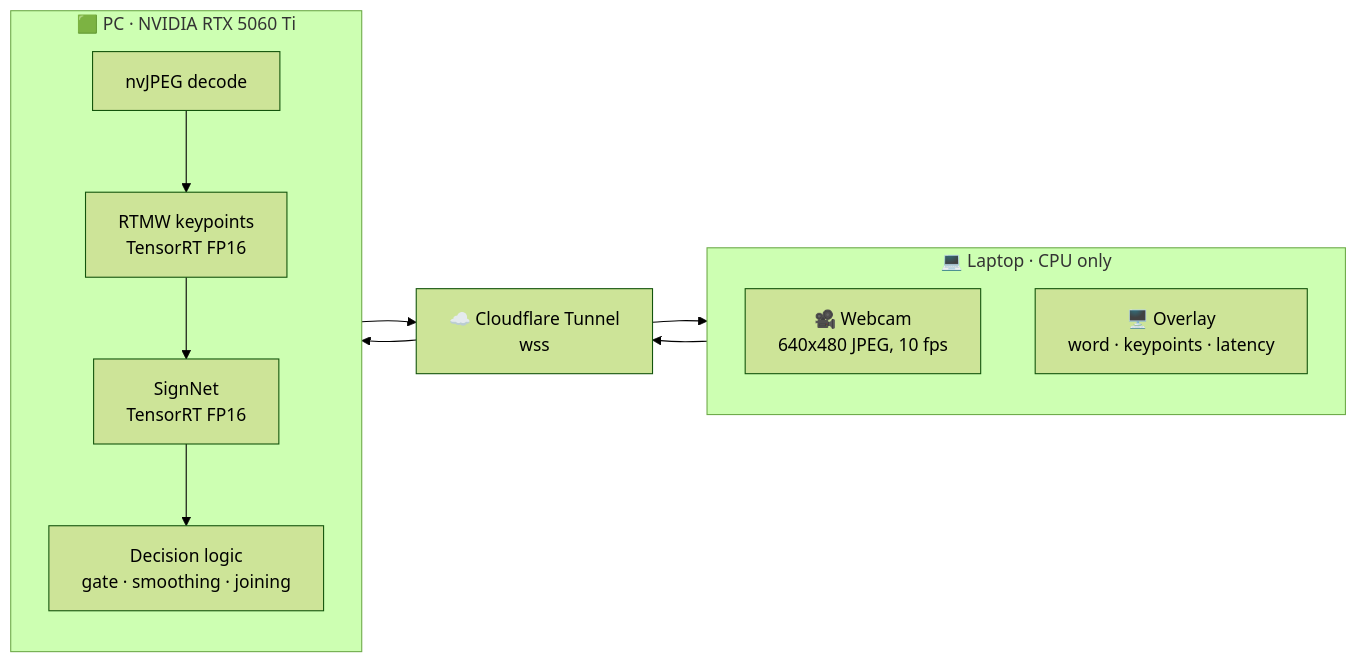
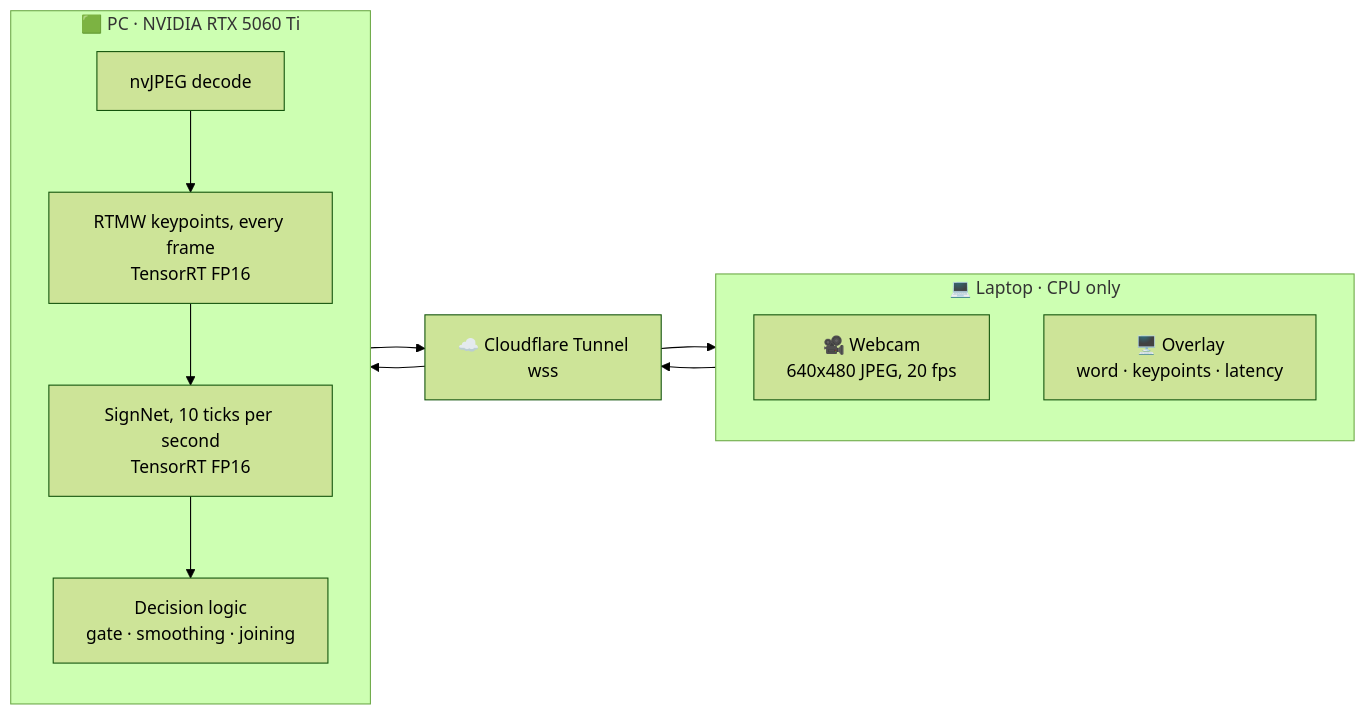
The diagram in README.md (ItSnOtNoOkIeBeAr/The-Almighty-Sign-Language), drawn with Mermaid (forest theme) before and after one commit. The commit also changed other lines of this file and 21 other files, not shown here.

````diff
--- a/README.md
+++ b/README.md
@@ -30,17 +30,17 @@
 ```mermaid
 flowchart LR
     subgraph L["💻 Laptop · CPU only"]
         direction TB
-        W["🎥 Webcam<br/>640x480 JPEG, 10 fps"]
+        W["🎥 Webcam<br/>640x480 JPEG, 20 fps"]
         O["🖥️ Overlay<br/>word · keypoints · latency"]
     end
     T["☁️ Cloudflare Tunnel<br/>wss"]
     subgraph P["🟩 PC · NVIDIA RTX 5060 Ti"]
         direction TB
-        D["nvJPEG decode"] --> K["RTMW keypoints<br/>TensorRT FP16"]
-        K --> S["SignNet<br/>TensorRT FP16"]
+        D["nvJPEG decode"] --> K["RTMW keypoints, every frame<br/>TensorRT FP16"]
+        K --> S["SignNet, 10 ticks per second<br/>TensorRT FP16"]
         S --> X["Decision logic<br/>gate · smoothing · joining"]
     end
     W --> T --> D
     X --> T --> O
 ```
````
